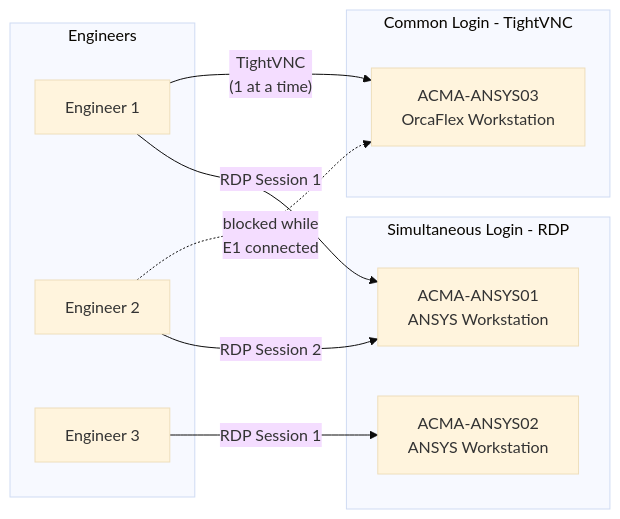
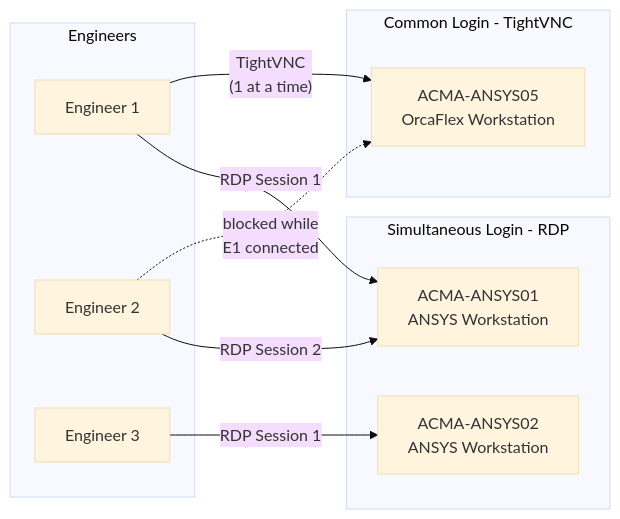
Before and after one commit to vamseeachanta/assetutilities: the diagram in docs/sub_hardware/server_remote_desktop.md, drawn with Mermaid (base theme). The commit also changed other lines of this file, not shown here.

Commit message:
fix(hardware): update OrcaFlex host from ACMA-ANSYS03 to ACMA-ANSYS05

````diff
--- a/docs/sub_hardware/server_remote_desktop.md
+++ b/docs/sub_hardware/server_remote_desktop.md
@@ -27,23 +27,23 @@
 ```mermaid
 flowchart LR
     subgraph Engineers
         E1[Engineer 1]
         E2[Engineer 2]
         E3[Engineer 3]
     end
 
     subgraph "Common Login - TightVNC"
-        VNC[ACMA-ANSYS03\nOrcaFlex Workstation]
+        VNC[ACMA-ANSYS05\nOrcaFlex Workstation]
     end
 
     subgraph "Simultaneous Login - RDP"
         RDP1[ACMA-ANSYS01\nANSYS Workstation]
         RDP2[ACMA-ANSYS02\nANSYS Workstation]
     end
 
     E1 -- "TightVNC\n(1 at a time)" --> VNC
     E2 -.->|"blocked while\nE1 connected"| VNC
     E1 -- "RDP Session 1" --> RDP1
     E2 -- "RDP Session 2" --> RDP1
     E3 -- "RDP Session 1" --> RDP2
 ```
````
